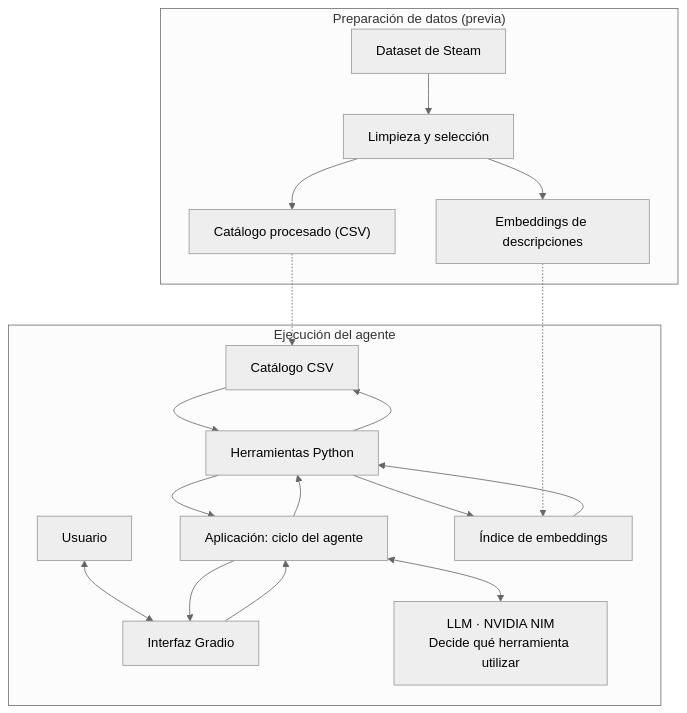
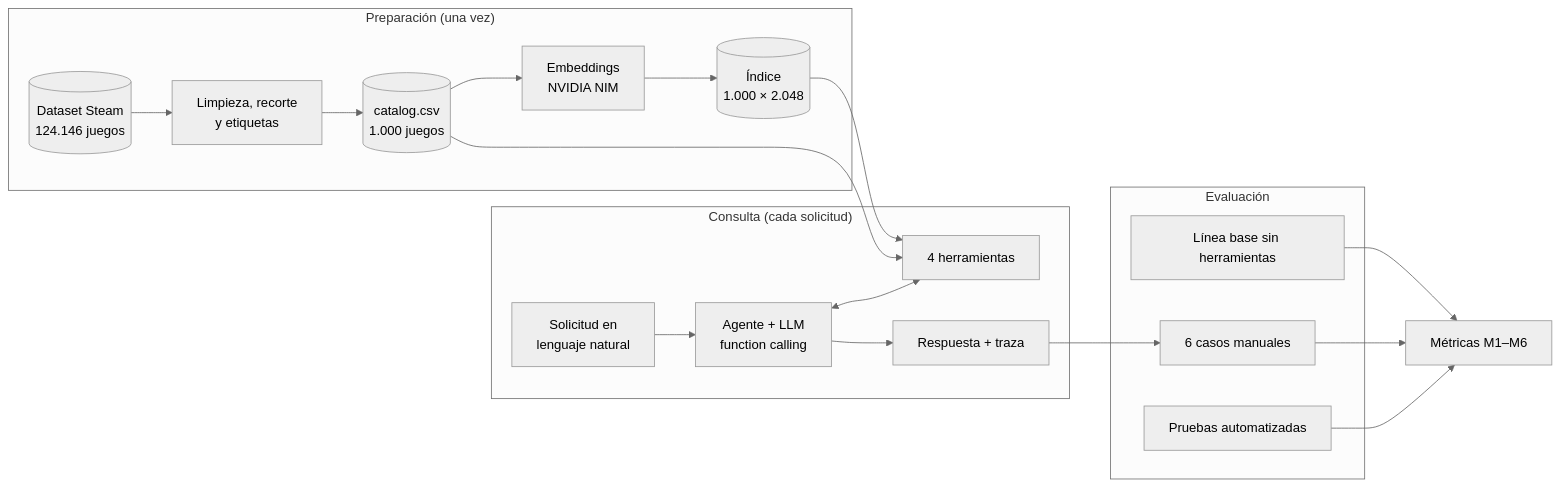
The first of 2 diagrams in README.md (lauraortizusme/IntroAI_2026), drawn with Mermaid (neutral theme) before and after one commit. The commit also changed other lines of this file and 10 other files, not shown here.

````diff
--- a/README.md
+++ b/README.md
@@ -160,24 +74,21 @@
 ```mermaid
-flowchart TB
-    subgraph PREP["Preparación de datos (previa)"]
-        A["Dataset de Steam"] --> B["Limpieza y selección"]
-        B --> C["Catálogo procesado (CSV)"]
-        B --> D["Embeddings de descripciones"]
+flowchart LR
+    subgraph P["Preparación (una vez)"]
+        A[("Dataset Steam<br/>124.146 juegos")] --> B["Limpieza, recorte<br/>y etiquetas"] --> C[("catalog.csv<br/>1.000 juegos")]
+        C --> D["Embeddings<br/>NVIDIA NIM"] --> E[("Índice<br/>1.000 × 2.048")]
     end
-
-    subgraph RUN["Ejecución del agente"]
-        U["Usuario"] <--> UI["Interfaz Gradio"]
-        UI --> APP["Aplicación: ciclo del agente"]
-        APP <--> LLM["LLM · NVIDIA NIM<br/>Decide qué herramienta utilizar"]
-        APP --> T["Herramientas Python"]
-        T --> CSV["Catálogo CSV"]
-        T --> V["Índice de embeddings"]
-        CSV --> T
-        V --> T
-        T --> APP
-        APP --> UI
+    subgraph Q["Consulta (cada solicitud)"]
+        U["Solicitud en<br/>lenguaje natural"] --> F["Agente + LLM<br/>function calling"]
+        F <--> G["4 herramientas"]
+        F --> R["Respuesta + traza"]
     end
-
-    C -.-> CSV
-    D -.-> V
+    C --> G
+    E --> G
+    subgraph V["Evaluación"]
+        T["Pruebas automatizadas"]
+        M["6 casos manuales"]
+        L["Línea base sin herramientas"]
+    end
+    R --> M
+    T & M & L --> S["Métricas M1–M6"]
 ```
````
